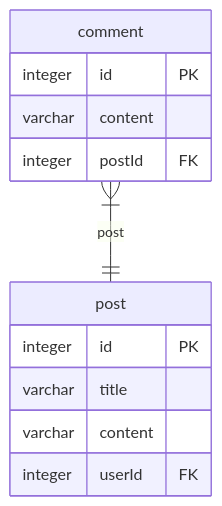
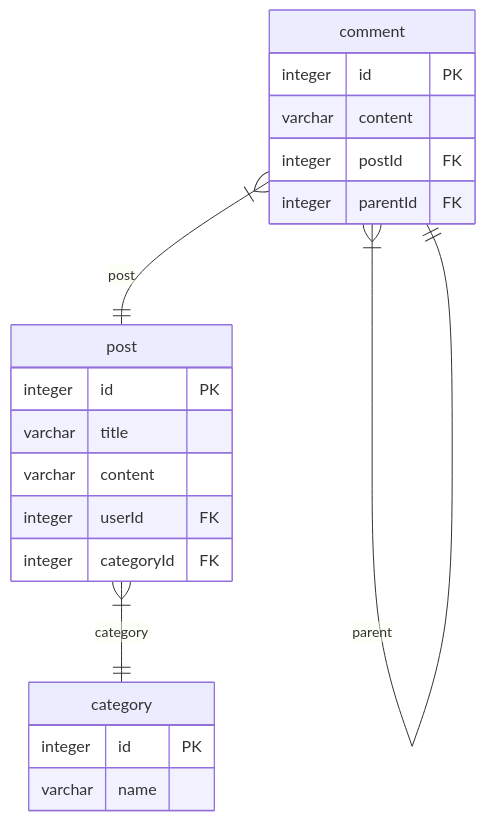
One commit to hermin9804/typeorm-markdown-generator changed the first of 2 diagrams in erd.md. Above: the diagram before and after it, drawn with Mermaid. The commit also changed other lines of this file and 6 other files, not shown here.

````diff
--- a/erd.md
+++ b/erd.md
@@ -11,15 +11,23 @@
 ```mermaid
 erDiagram
   comment {
     integer id PK
     varchar content
     integer postId FK
+    integer parentId FK
+  }
+  category {
+    integer id PK
+    varchar name
   }
   post {
     integer id PK
     varchar title
     varchar content
     integer userId FK
+    integer categoryId FK
   }
   comment }|--|| post: post
+  comment }|--|| comment: parent
+  post }|--|| category: category
 ```
````
